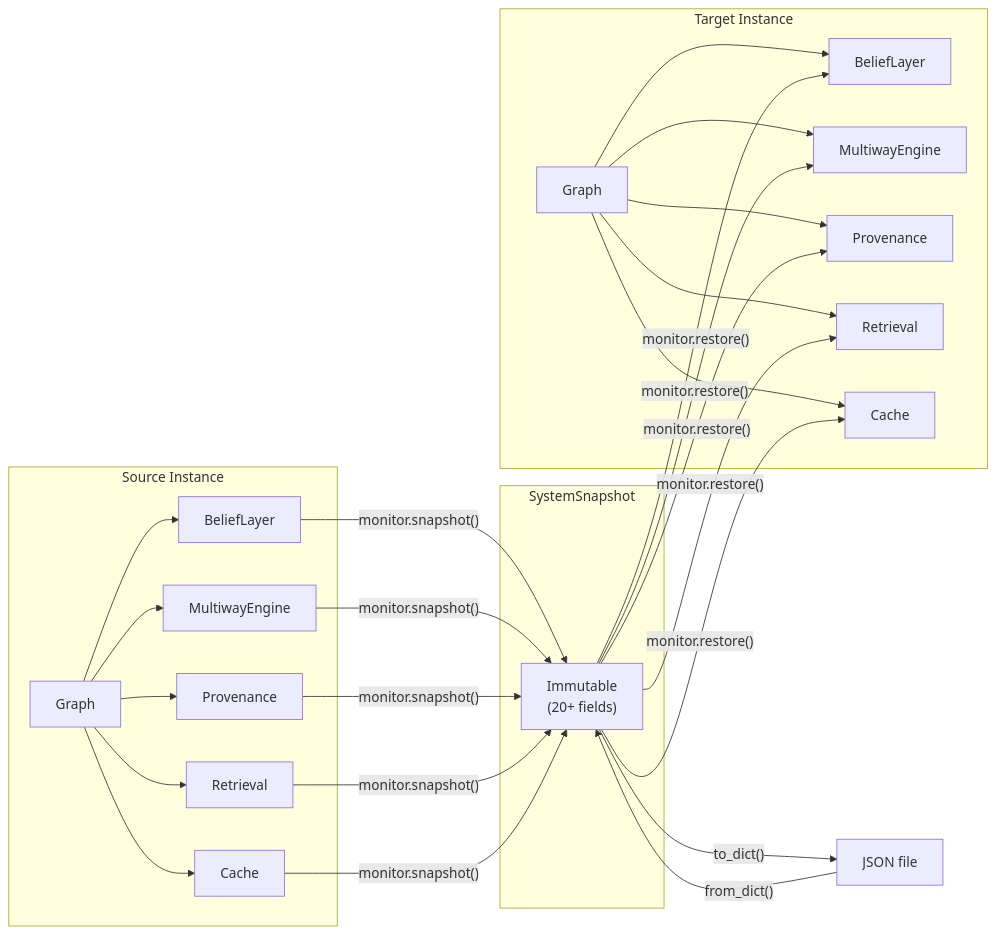
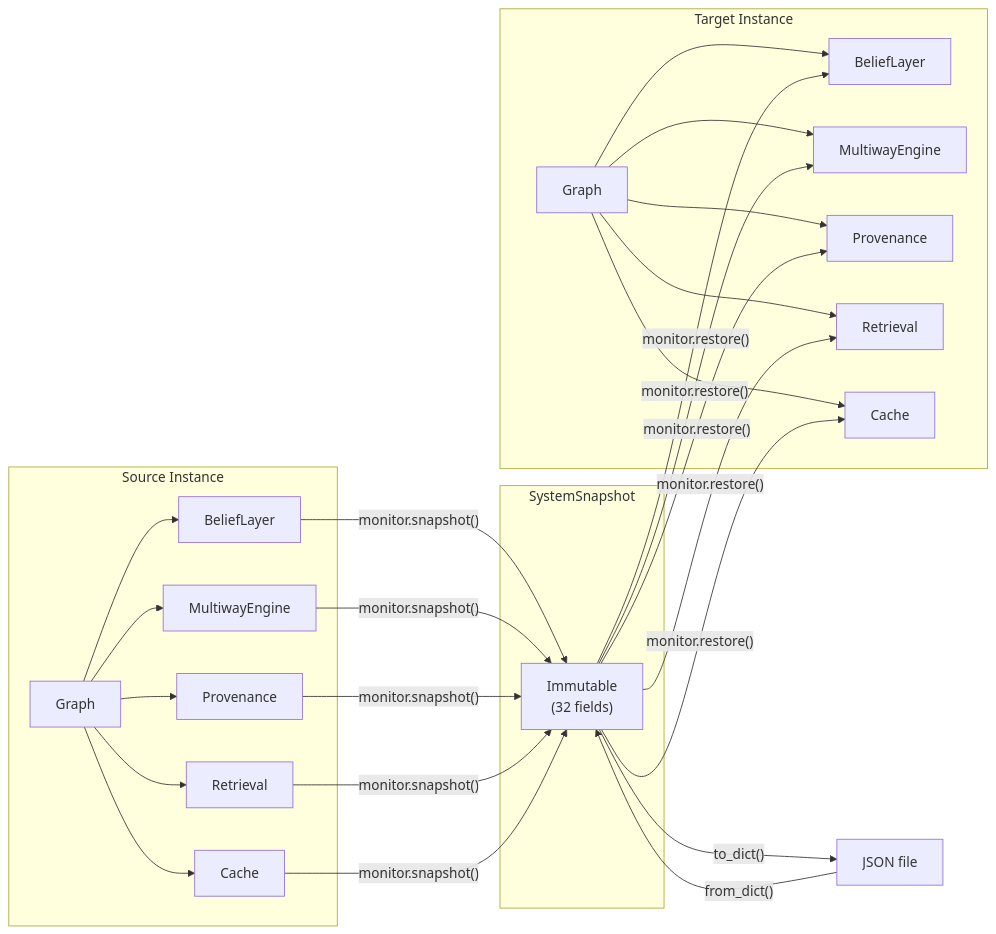
One commit to antquinonez/Hyper3 changed the diagram in examples/showcase/workflow/system_snapshot/README.md. Above: the diagram before and after it, drawn with Mermaid. The commit also changed other lines of this file and 1 other file, not shown here.

````diff
--- a/examples/showcase/workflow/system_snapshot/README.md
+++ b/examples/showcase/workflow/system_snapshot/README.md
@@ -11,24 +11,24 @@
 ```mermaid
 flowchart LR
     subgraph "Source Instance"
         G1[Graph] --> B1[BeliefLayer]
         G1 --> MW1[MultiwayEngine]
         G1 --> P1[Provenance]
         G1 --> R1[Retrieval]
         G1 --> C1[Cache]
     end
     subgraph "SystemSnapshot"
-        SS["Immutable\n(20+ fields)"]
+        SS["Immutable\n(32 fields)"]
     end
     subgraph "Target Instance"
         G2[Graph] --> B2[BeliefLayer]
         G2 --> MW2[MultiwayEngine]
         G2 --> P2[Provenance]
         G2 --> R2[Retrieval]
         G2 --> C2[Cache]
     end
     B1 & MW1 & P1 & R1 & C1 -->|"monitor.snapshot()"| SS
     SS -->|"to_dict()"| JSON["JSON file"]
     JSON -->|"from_dict()"| SS
     SS -->|"monitor.restore()"| B2 & MW2 & P2 & R2 & C2
 ```
````
